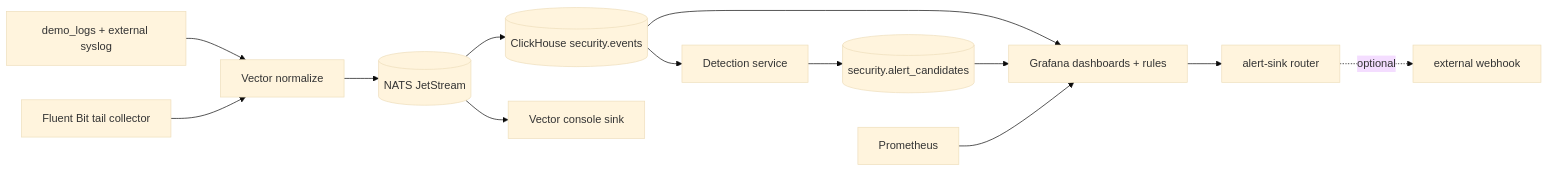
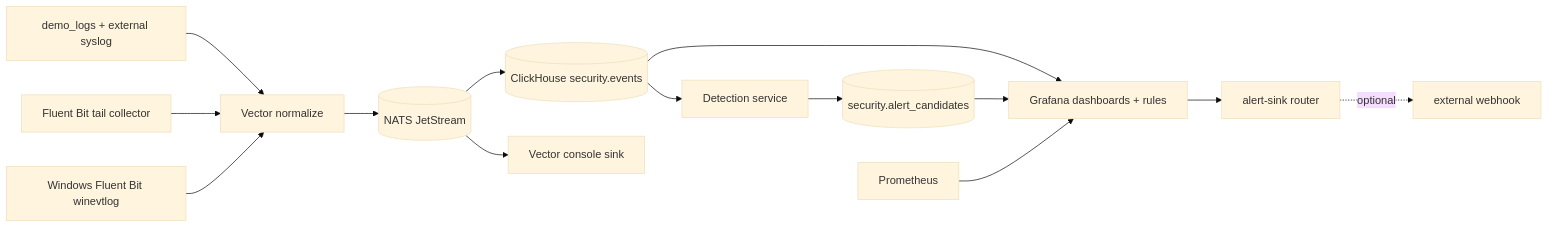
The diagram in docs/architecture.md (krazybean/Hayabusa), drawn with Mermaid (base theme) before and after one commit. The commit also changed other lines of this file and 9 other files, not shown here.

````diff
--- a/docs/architecture.md
+++ b/docs/architecture.md
@@ -11,19 +11,20 @@
 ```mermaid
 flowchart LR
   Collect[demo_logs + external syslog] --> Normalize[Vector normalize]
   FluentBit[Fluent Bit tail collector] --> Normalize
+  WinFluentBit[Windows Fluent Bit winevtlog] --> Normalize
   Normalize --> Buffer[(NATS JetStream)]
   Buffer --> Store[(ClickHouse security.events)]
   Buffer --> Debug[Vector console sink]
 
   Store --> Detect[Detection service]
   Detect --> Candidates[(security.alert_candidates)]
 
   Store --> Grafana[Grafana dashboards + rules]
   Candidates --> Grafana
   Prom[Prometheus] --> Grafana
 
   Grafana --> Router[alert-sink router]
   Router -. optional .-> External[external webhook]
 
 ```
````
